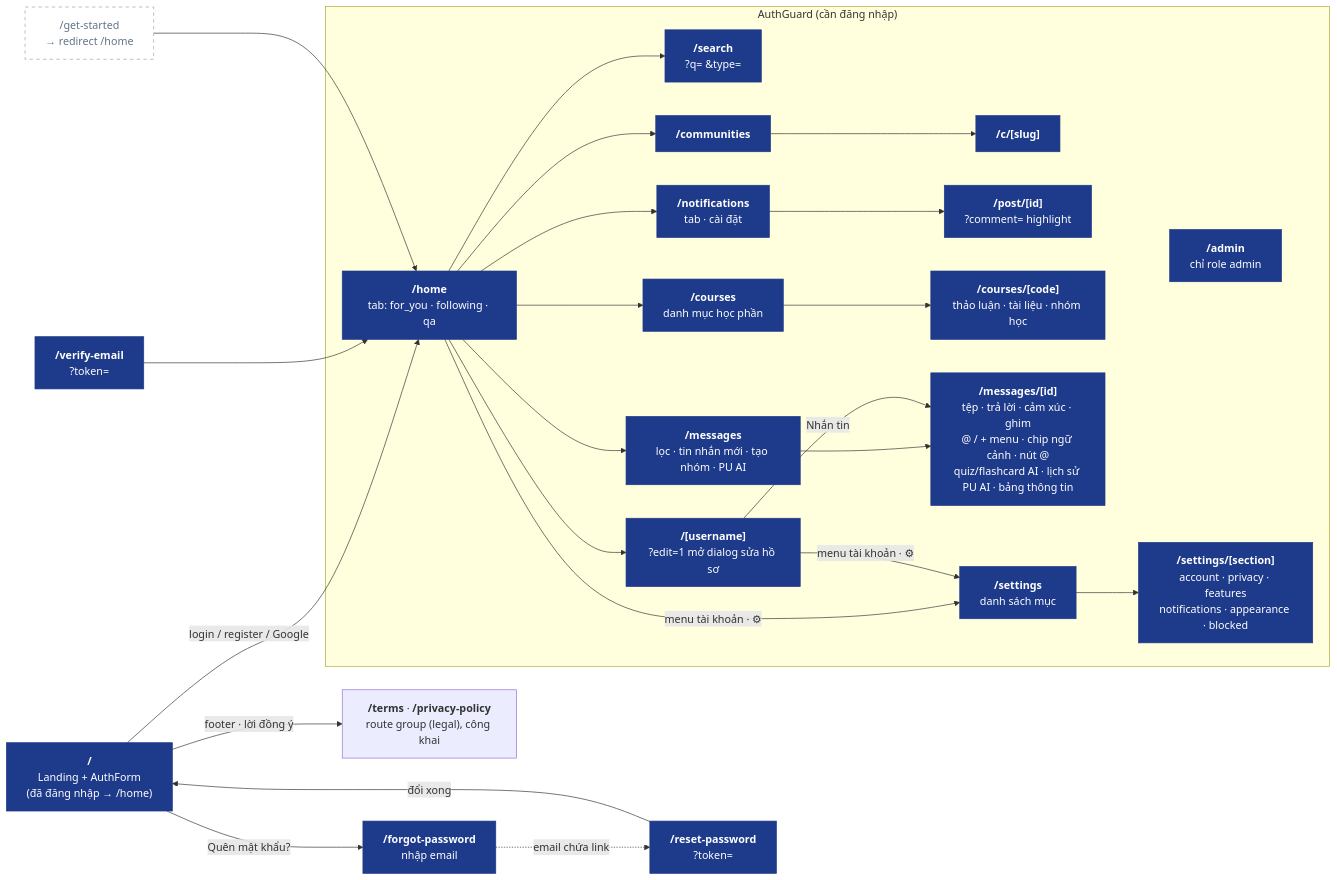
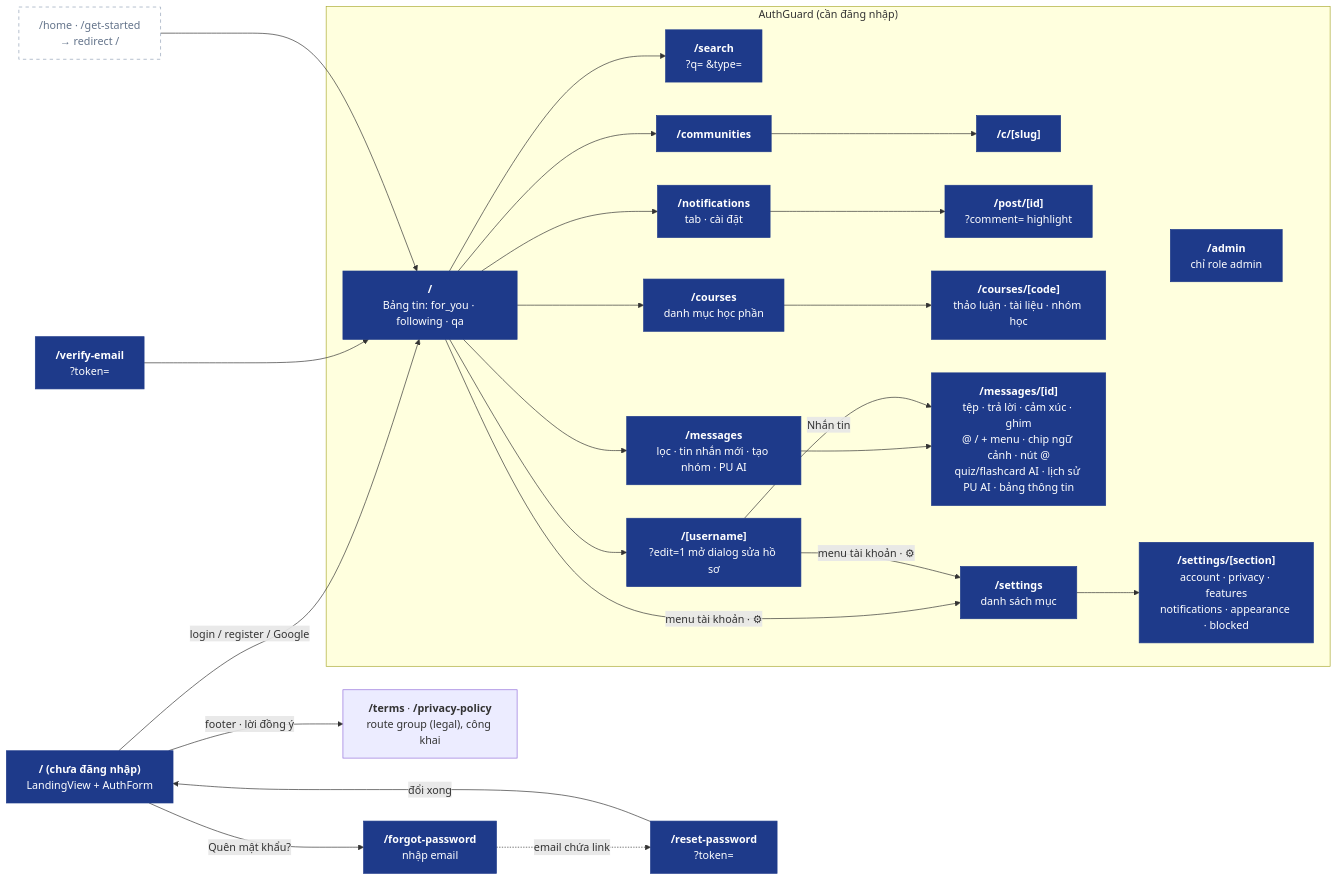
The first of 2 diagrams in docs/diagrams/07-web-app.md (nhatcoi/pu-connect), drawn with Mermaid before and after one commit. The commit also changed other lines of this file and 24 other files, not shown here.

````diff
--- a/docs/diagrams/07-web-app.md
+++ b/docs/diagrams/07-web-app.md
@@ -7,48 +7,48 @@
 ```mermaid
 flowchart LR
-  landing["<b>/</b><br/>Landing + AuthForm<br/>(đã đăng nhập → /home)"]
+  landing["<b>/ (chưa đăng nhập)</b><br/>LandingView + AuthForm"]
   verify["<b>/verify-email</b><br/>?token="]
   forgot["<b>/forgot-password</b><br/>nhập email"]
   reset["<b>/reset-password</b><br/>?token="]
-  getstarted["/get-started<br/>→ redirect /home"]
+  getstarted["/home · /get-started<br/>→ redirect /"]
   legal["<b>/terms</b> · <b>/privacy-policy</b><br/>route group (legal), công khai"]
 
   subgraph guarded["AuthGuard (cần đăng nhập)"]
-    home["<b>/home</b><br/>tab: for_you · following · qa"]
+    home["<b>/</b><br/>Bảng tin: for_you · following · qa"]
     search["<b>/search</b><br/>?q= &type="]
     comms["<b>/communities</b>"]
     comm["<b>/c/[slug]</b>"]
     profile["<b>/[username]</b><br/>?edit=1 mở dialog sửa hồ sơ"]
     notif["<b>/notifications</b><br/>tab · cài đặt"]
     post["<b>/post/[id]</b><br/>?comment= highlight"]
     courses["<b>/courses</b><br/>danh mục học phần"]
     course["<b>/courses/[code]</b><br/>thảo luận · tài liệu · nhóm học"]
     msgs["<b>/messages</b><br/>lọc · tin nhắn mới · tạo nhóm · PU AI"]
     thread["<b>/messages/[id]</b><br/>tệp · trả lời · cảm xúc · ghim<br/>@ / + menu · chip ngữ cảnh · nút @<br/>quiz/flashcard AI · lịch sử PU AI · bảng thông tin"]
     adminp["<b>/admin</b><br/>chỉ role admin"]
     settings["<b>/settings</b><br/>danh sách mục"]
     settingsec["<b>/settings/[section]</b><br/>account · privacy · features<br/>notifications · appearance · blocked"]
   end
 
   landing -->|login / register / Google| home
   landing -->|footer · lời đồng ý| legal
   verify --> home
   landing -->|Quên mật khẩu?| forgot
   forgot -.->|email chứa link| reset
   reset -->|đổi xong| landing
   getstarted --> home
   home --> search & comms & profile & notif
   notif --> post
   comms --> comm
   home --> courses & msgs
   courses --> course
   msgs --> thread
   profile -->|Nhắn tin| thread
   home & profile -->|menu tài khoản · ⚙| settings
   settings --> settingsec
 
   classDef page fill:#1e3a8a,stroke:#1e3a8a,color:#fff
   classDef redirect fill:#fff,stroke:#94a3b8,color:#64748b,stroke-dasharray:5 5
   class landing,verify,forgot,reset,home,search,comms,comm,profile,notif,post,courses,course,msgs,thread,adminp,settings,settingsec page
   class getstarted redirect
 ```
````
